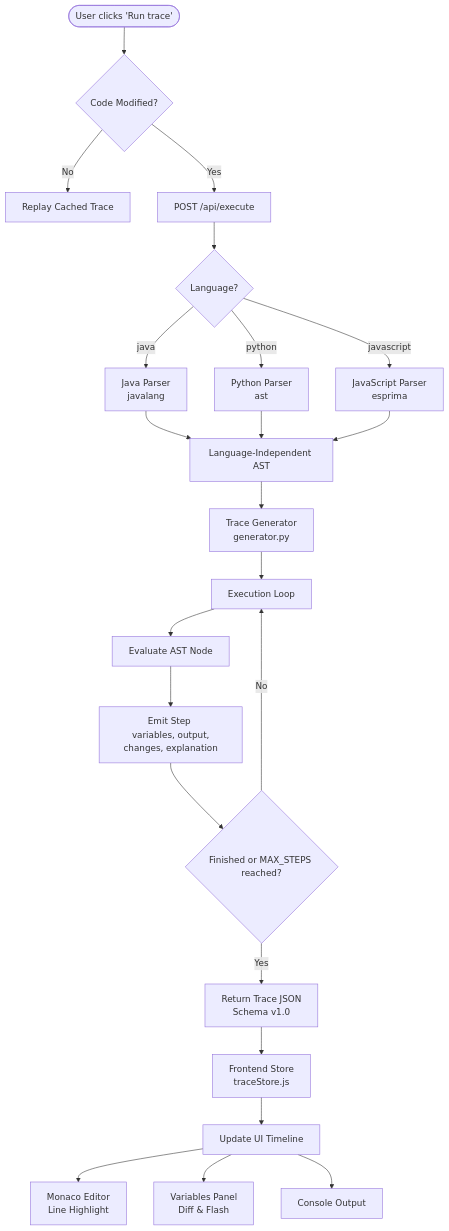
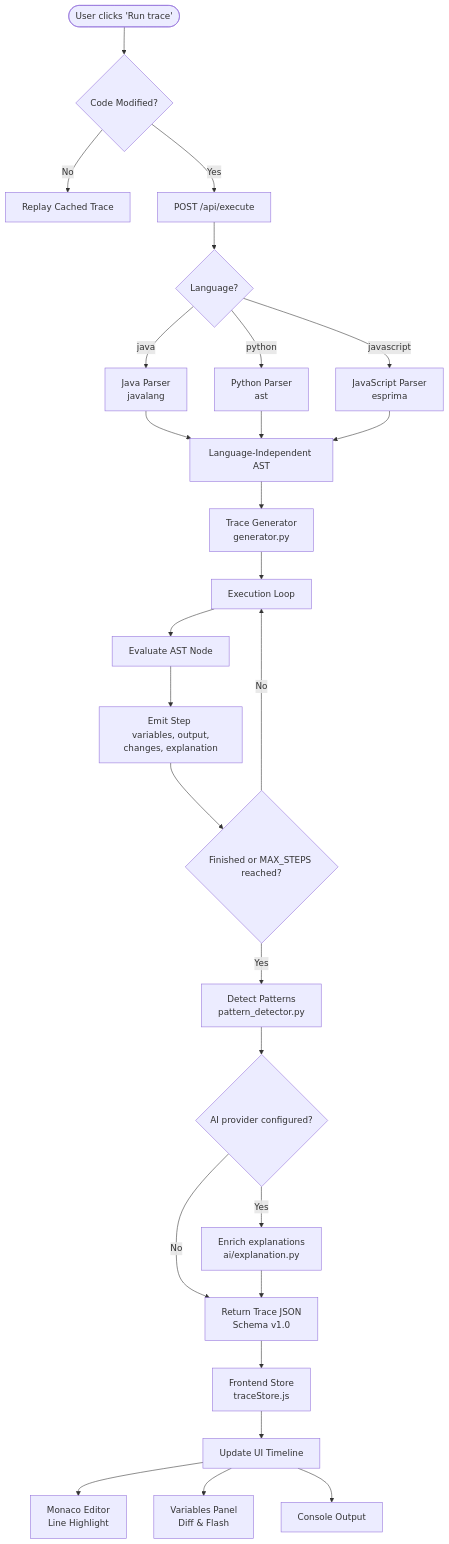
One commit to imakshaysuryawanshi/TraceFlow changed the second of 2 diagrams in README.md. Above: the diagram before and after it, drawn with Mermaid. The commit also changed other lines of this file, not shown here.

````diff
--- a/README.md
+++ b/README.md
@@ -73,30 +82,35 @@
 ```mermaid
 graph TD
     A([User clicks 'Run trace']) --> B{Code Modified?}
     B -- No --> C[Replay Cached Trace]
     B -- Yes --> D[POST /api/execute]
-    
+
     D --> E{Language?}
     E -- java --> F[Java Parser <br/> javalang]
     E -- python --> G[Python Parser <br/> ast]
     E -- javascript --> H[JavaScript Parser <br/> esprima]
-    
+
     F --> I[Language-Independent AST]
     G --> I
     H --> I
-    
+
     I --> J[Trace Generator <br/> generator.py]
     J --> K[Execution Loop]
     K --> L[Evaluate AST Node]
     L --> M[Emit Step <br/> variables, output, changes, explanation]
-    
+
     M --> N{Finished or MAX_STEPS reached?}
     N -- No --> K
-    N -- Yes --> O[Return Trace JSON <br/> Schema v1.0]
-    
-    O --> P[Frontend Store <br/> traceStore.js]
-    P --> Q[Update UI Timeline]
-    Q --> R[Monaco Editor <br/> Line Highlight]
-    Q --> S[Variables Panel <br/> Diff & Flash]
-    Q --> T[Console Output]
+    N -- Yes --> O[Detect Patterns <br/> pattern_detector.py]
+
+    O --> P{AI provider configured?}
+    P -- No --> Q[Return Trace JSON <br/> Schema v1.0]
+    P -- Yes --> R[Enrich explanations <br/> ai/explanation.py]
+
+    Q --> S[Frontend Store <br/> traceStore.js]
+    R --> Q
+    S --> T[Update UI Timeline]
+    T --> U[Monaco Editor <br/> Line Highlight]
+    T --> V[Variables Panel <br/> Diff & Flash]
+    T --> W[Console Output]
 ```
````
